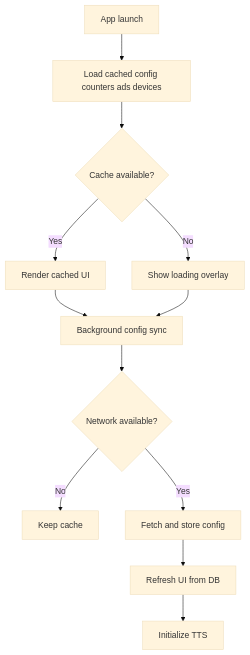
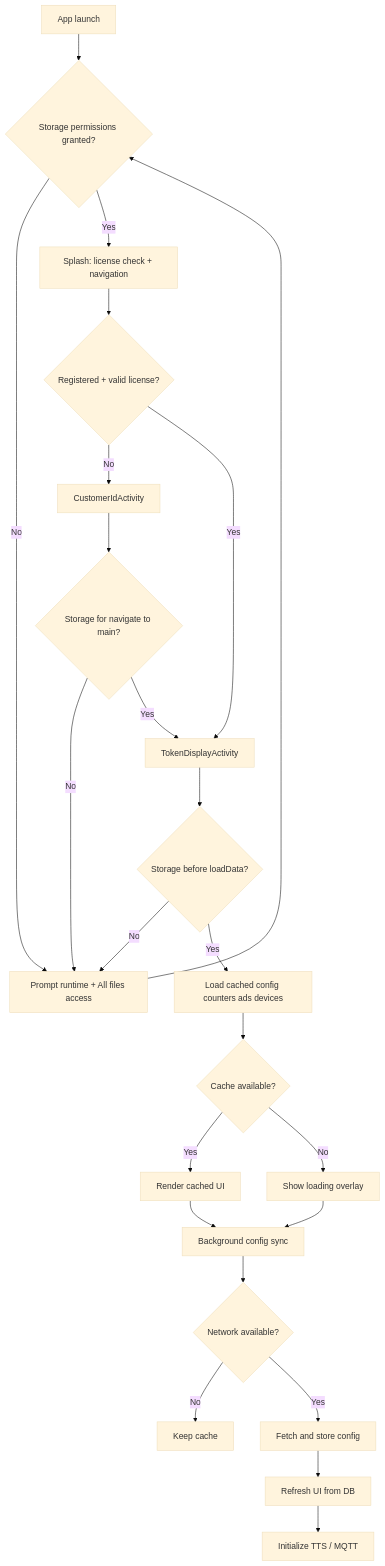
The first of 7 diagrams in docs/SRS_FLOWCHARTS_WIREFRAMES.md (AdhiAdithyan/CallQTV), drawn with Mermaid (base theme) before and after one commit. The commit also changed other lines of this file and 28 other files, not shown here.

````diff
--- a/docs/SRS_FLOWCHARTS_WIREFRAMES.md
+++ b/docs/SRS_FLOWCHARTS_WIREFRAMES.md
@@ -11,14 +11,26 @@
 ```mermaid
 flowchart TD
-    A[App launch] --> B[Load cached config counters ads devices]
-    B --> C{Cache available?}
-    C -->|Yes| D[Render cached UI]
-    C -->|No| E[Show loading overlay]
+    A[App launch] --> P{Storage permissions granted?}
+    P -->|No| P2[Prompt runtime + All files access]
+    P2 --> P
+    P -->|Yes| B[Splash: license check + navigation]
+    B --> C{Registered + valid license?}
+    C -->|No| R[CustomerIdActivity]
+    C -->|Yes| M[TokenDisplayActivity]
+    R --> P3{Storage for navigate to main?}
+    P3 -->|No| P2
+    P3 -->|Yes| M
+    M --> P4{Storage before loadData?}
+    P4 -->|No| P2
+    P4 -->|Yes| L[Load cached config counters ads devices]
+    L --> N{Cache available?}
+    N -->|Yes| D[Render cached UI]
+    N -->|No| E[Show loading overlay]
     D --> F[Background config sync]
     E --> F
     F --> G{Network available?}
     G -->|No| H[Keep cache]
     G -->|Yes| I[Fetch and store config]
     I --> J[Refresh UI from DB]
-    J --> K[Initialize TTS]
+    J --> K[Initialize TTS / MQTT]
 ```
````
